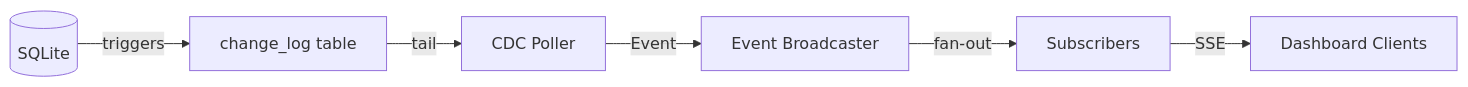
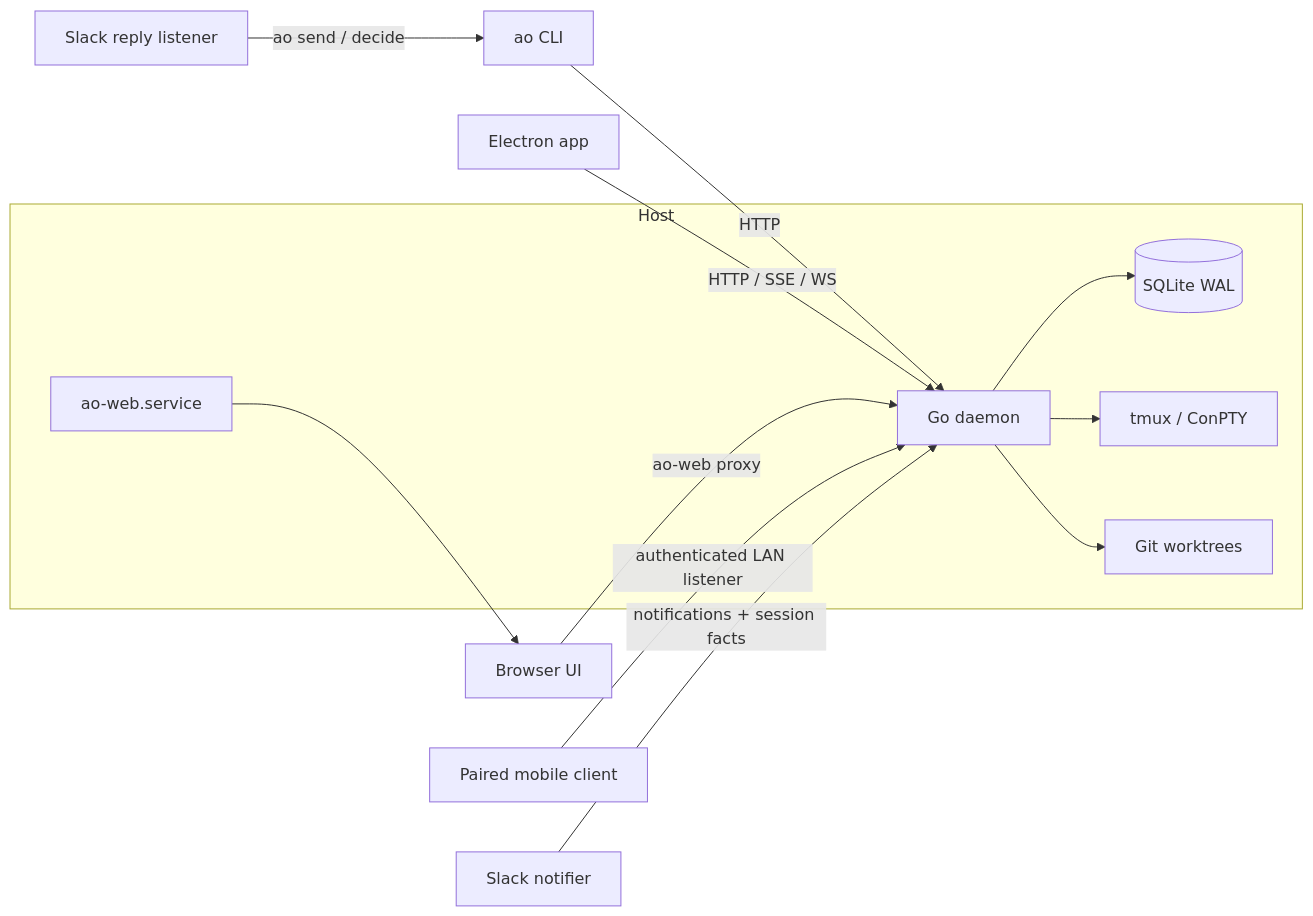
One commit to AgentWrapper/agent-orchestrator changed the first of 2 diagrams in docs/architecture.md. Above: the diagram before and after it, drawn with Mermaid. The commit also changed other lines of this file and 27 other files, not shown here.

First line of the commit message:
Consolidate runtime architecture and delete dead generations (#271)

````diff
--- a/docs/architecture.md
+++ b/docs/architecture.md
@@ -166,9 +33,22 @@
 ```mermaid
 flowchart LR
-    DB[(SQLite)] -->|triggers| ChangeLog[change_log table]
-    ChangeLog -->|tail| Poller[CDC Poller]
-    Poller -->|Event| Broadcaster[Event Broadcaster]
-    Broadcaster -->|fan-out| Subscribers[Subscribers]
-    Subscribers -->|SSE| Clients[Dashboard Clients]
+    CLI[ao CLI] -->|HTTP| D
+    Electron[Electron app] -->|HTTP / SSE / WS| D
+    Browser[Browser UI] -->|ao-web proxy| D
+    Mobile[Paired mobile client] -->|authenticated LAN listener| D
+    Slack[Slack notifier] -->|notifications + session facts| D
+    Reply[Slack reply listener] -->|ao send / decide| CLI
 
+    subgraph Host
+      D[Go daemon]
+      DB[(SQLite WAL)]
+      Runtime[tmux / ConPTY]
+      Git[Git worktrees]
+      Web[ao-web.service]
+    end
+
+    D --> DB
+    D --> Runtime
+    D --> Git
+    Web --> Browser
 ```
````
